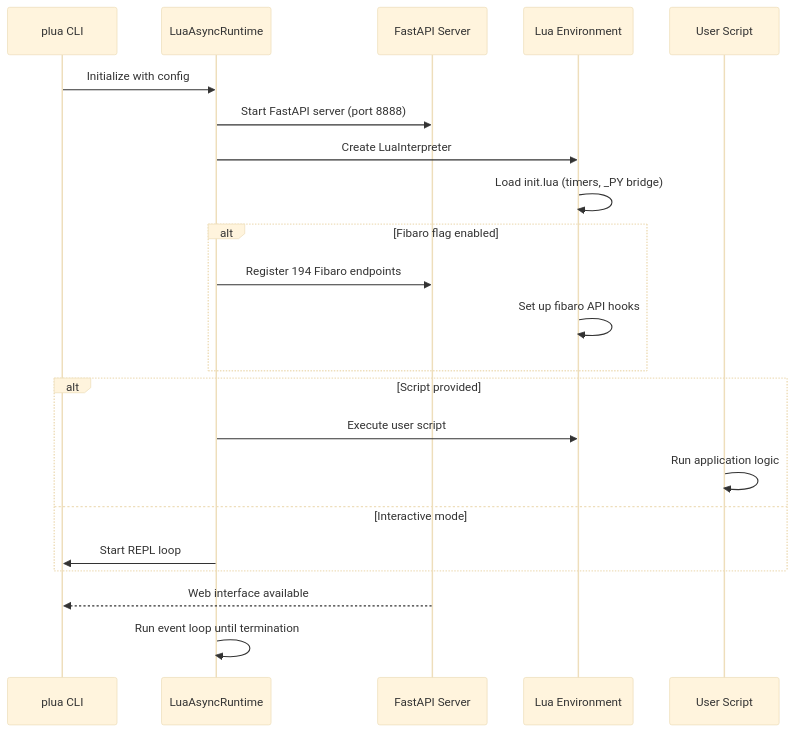
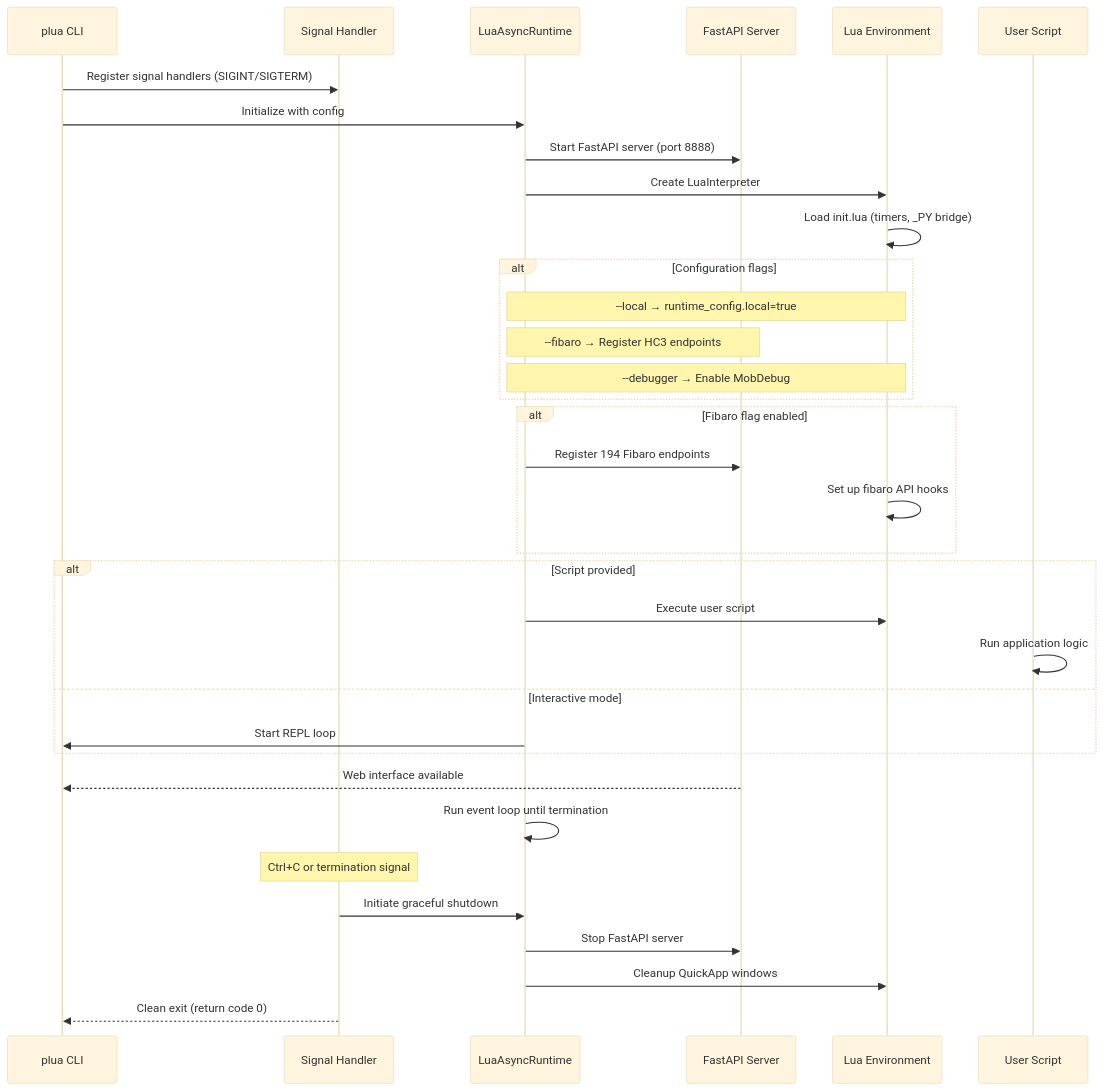
One commit to jangabrielsson/plua changed diagram 14 of 15 in ARCHITECTURE.md. Above: the diagram before and after it, drawn with Mermaid (base theme). The commit also changed other lines of this file, not shown here.

Commit message:
docs: Enhance ARCHITECTURE.md with signal handling, process management, and configuration details

````diff
--- a/ARCHITECTURE.md
+++ b/ARCHITECTURE.md
@@ -455,28 +682,42 @@
 ```mermaid
 sequenceDiagram
     participant CLI as plua CLI
+    participant Signal as Signal Handler
     participant Runtime as LuaAsyncRuntime
     participant API as FastAPI Server
     participant Lua as Lua Environment
     participant Script as User Script
     
+    CLI->>Signal: Register signal handlers (SIGINT/SIGTERM)
     CLI->>Runtime: Initialize with config
     Runtime->>API: Start FastAPI server (port 8888)
     Runtime->>Lua: Create LuaInterpreter
     Lua->>Lua: Load init.lua (timers, _PY bridge)
+    
+    alt Configuration flags
+        Note over Runtime,Lua: --local → runtime_config.local=true
+        Note over Runtime,API: --fibaro → Register HC3 endpoints
+        Note over Runtime,Lua: --debugger → Enable MobDebug
+    end
     
     alt Fibaro flag enabled
         Runtime->>API: Register 194 Fibaro endpoints
         Lua->>Lua: Set up fibaro API hooks
     end
     
     alt Script provided
         Runtime->>Lua: Execute user script
         Script->>Script: Run application logic
     else Interactive mode
         Runtime->>CLI: Start REPL loop
     end
     
     API-->>CLI: Web interface available
     Runtime->>Runtime: Run event loop until termination
+    
+    Note over Signal: Ctrl+C or termination signal
+    Signal->>Runtime: Initiate graceful shutdown
+    Runtime->>API: Stop FastAPI server
+    Runtime->>Lua: Cleanup QuickApp windows
+    Signal-->>CLI: Clean exit (return code 0)
 ```
````
